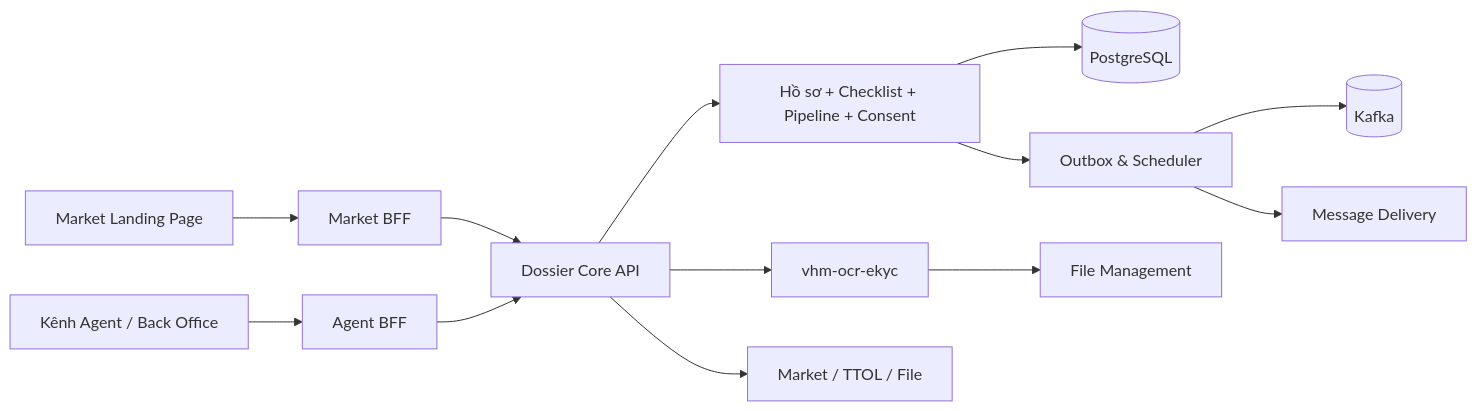
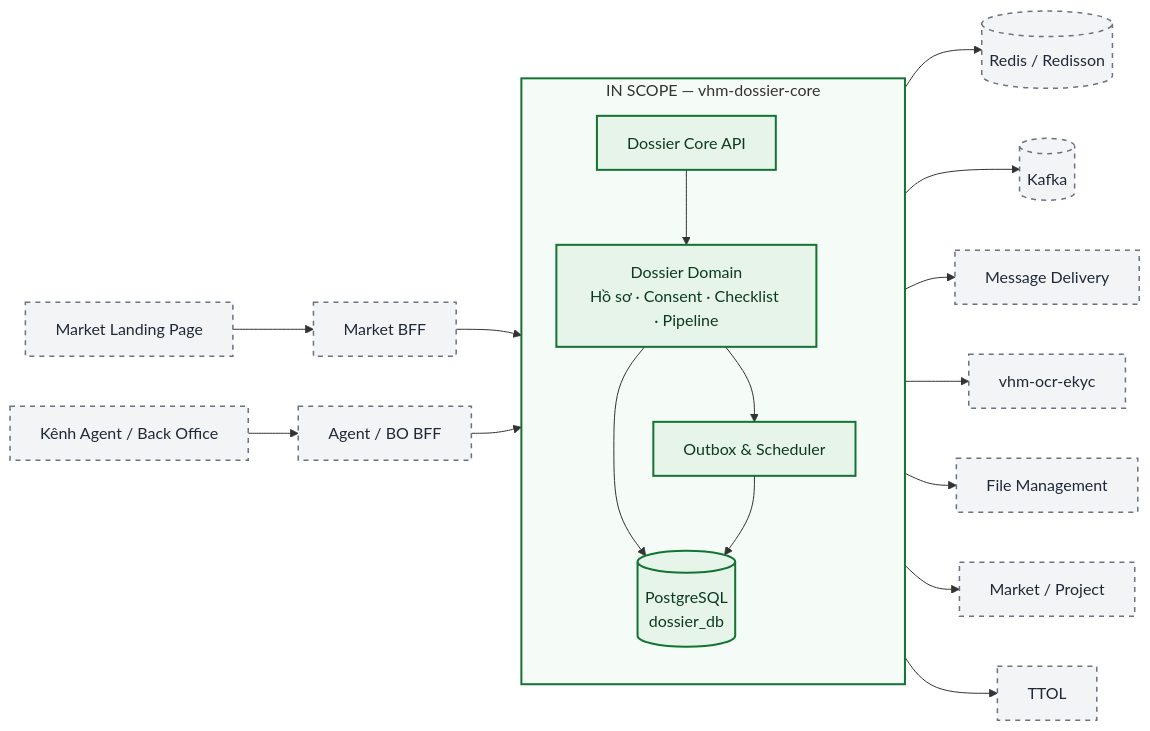
The second of 15 diagrams in tdd-dossier.md (huynv-xyz/vhm), drawn with Mermaid before and after one commit. The commit also changed other lines of this file, not shown here.

````diff
--- a/tdd-dossier.md
+++ b/tdd-dossier.md
@@ -210,15 +229,35 @@
 ```mermaid
 flowchart LR
+    classDef inScope fill:#E6F4EA,stroke:#137333,stroke-width:2px,color:#0D3B1E
+    classDef external fill:#F3F4F6,stroke:#6B7280,stroke-width:1.5px,stroke-dasharray:5 5,color:#1F2937
+
     Landing[Market Landing Page] --> MBFF[Market BFF]
-    Channel[Kênh Agent / Back Office] --> ABFF[Agent BFF]
-    MBFF --> API[Dossier Core API]
+    Channel[Kênh Agent / Back Office] --> ABFF[Agent / BO BFF]
+
+    subgraph SCOPE[IN SCOPE — vhm-dossier-core]
+        direction TB
+        API[Dossier Core API]
+        DOMAIN[Dossier Domain<br/>Hồ sơ · Consent · Checklist · Pipeline]
+        RELAY[Outbox & Scheduler]
+        DB[(PostgreSQL<br/>dossier_db)]
+
+        API --> DOMAIN
+        DOMAIN --> DB
+        DOMAIN --> RELAY
+        RELAY --> DB
+    end
+
+    MBFF --> API
     ABFF --> API
-    API --> Domain[Hồ sơ + Checklist + Pipeline + Consent]
-    Domain --> DB[(PostgreSQL)]
-    Domain --> Relay[Outbox & Scheduler]
-    Relay --> Kafka[(Kafka)]
-    Relay --> Message[Message Delivery]
+    DOMAIN --> Redis[(Redis / Redisson)]
+    RELAY --> Kafka[(Kafka)]
+    RELAY --> Message[Message Delivery]
     API --> OCR[vhm-ocr-ekyc]
-    OCR --> File[File Management]
-    API --> Enterprise[Market / TTOL / File]
+    API --> File[File Management]
+    API --> Project[Market / Project]
+    API --> TTOL[TTOL]
+
+    class API,DOMAIN,RELAY,DB inScope
+    class Landing,MBFF,Channel,ABFF,Redis,Kafka,Message,OCR,File,Project,TTOL external
+    style SCOPE fill:#F5FBF6,stroke:#137333,stroke-width:2px
 ```
````
